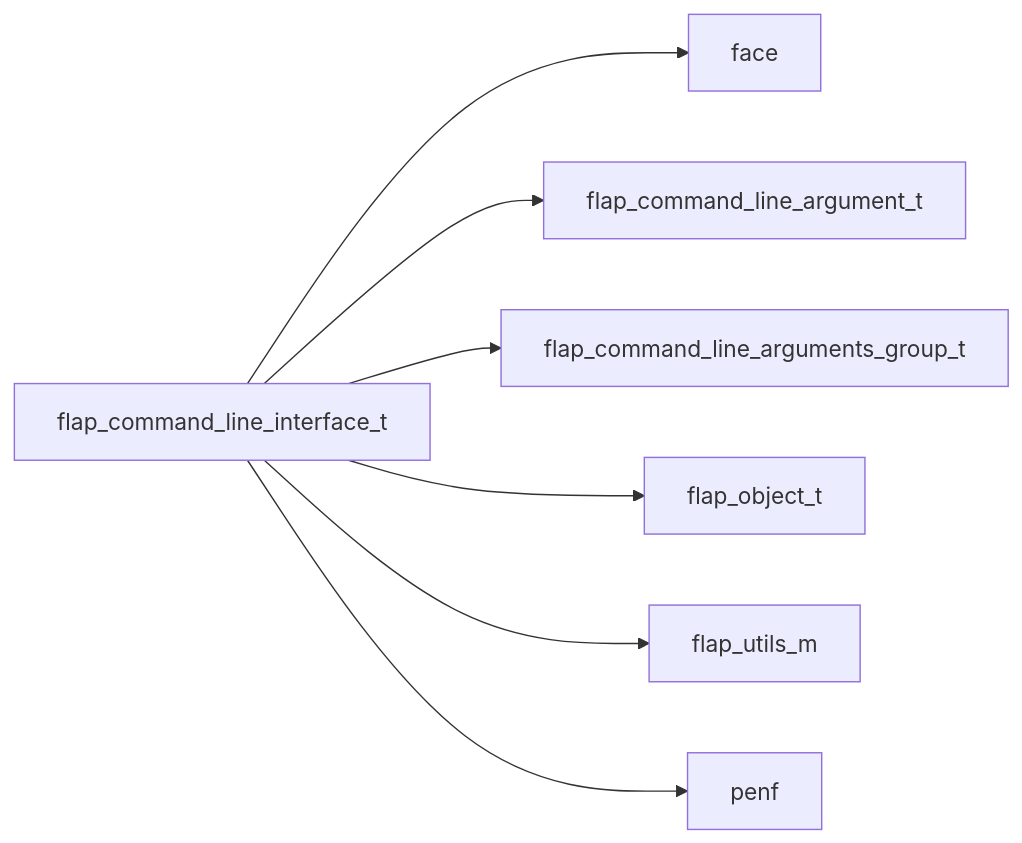
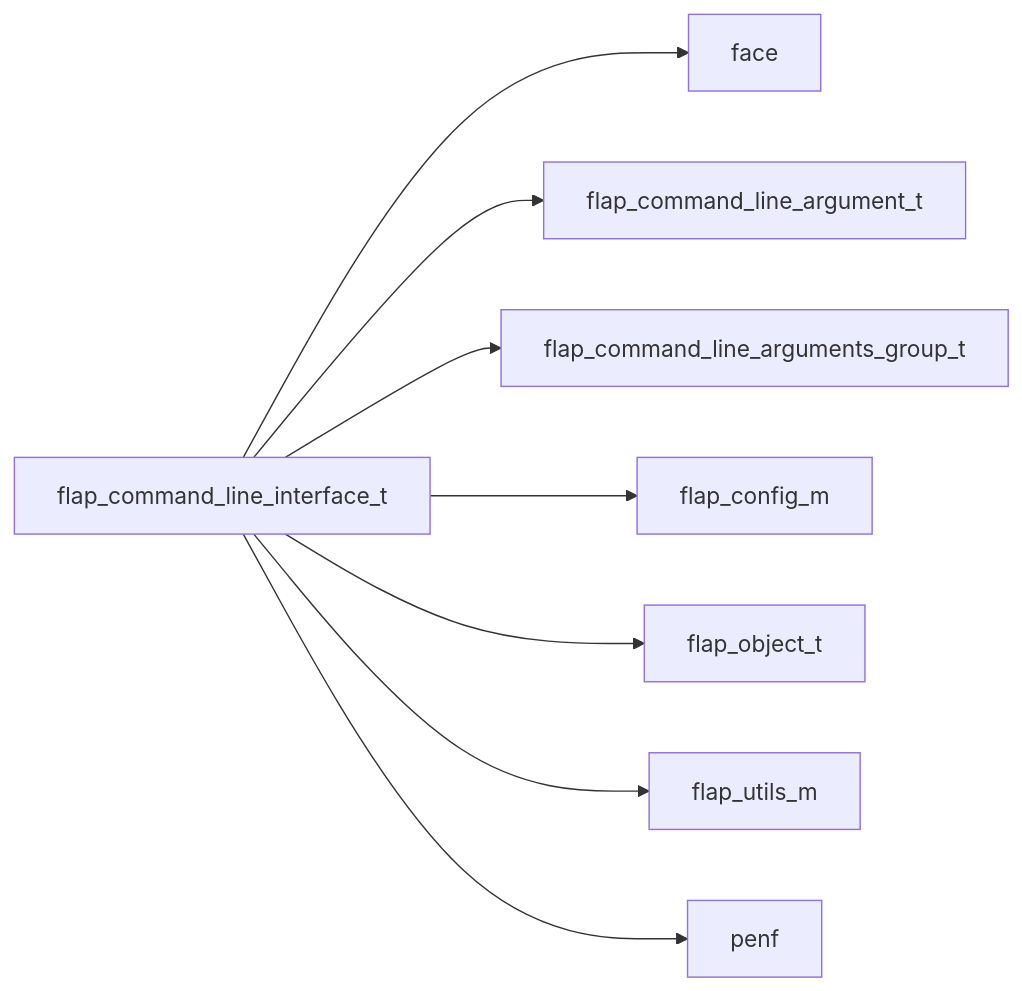
One commit to szaghi/FLAP changed the first of 57 diagrams in docs/api/src/lib/flap_command_line_interface_t.md. Above: the diagram before and after it, drawn with Mermaid. The commit also changed other lines of this file and 17 other files, not shown here.

````diff
--- a/docs/api/src/lib/flap_command_line_interface_t.md
+++ b/docs/api/src/lib/flap_command_line_interface_t.md
@@ -13,9 +13,10 @@
 ```mermaid
 graph LR
   flap_command_line_interface_t["flap_command_line_interface_t"] --> face["face"]
   flap_command_line_interface_t["flap_command_line_interface_t"] --> flap_command_line_argument_t["flap_command_line_argument_t"]
   flap_command_line_interface_t["flap_command_line_interface_t"] --> flap_command_line_arguments_group_t["flap_command_line_arguments_group_t"]
+  flap_command_line_interface_t["flap_command_line_interface_t"] --> flap_config_m["flap_config_m"]
   flap_command_line_interface_t["flap_command_line_interface_t"] --> flap_object_t["flap_object_t"]
   flap_command_line_interface_t["flap_command_line_interface_t"] --> flap_utils_m["flap_utils_m"]
   flap_command_line_interface_t["flap_command_line_interface_t"] --> penf["penf"]
 ```
````
